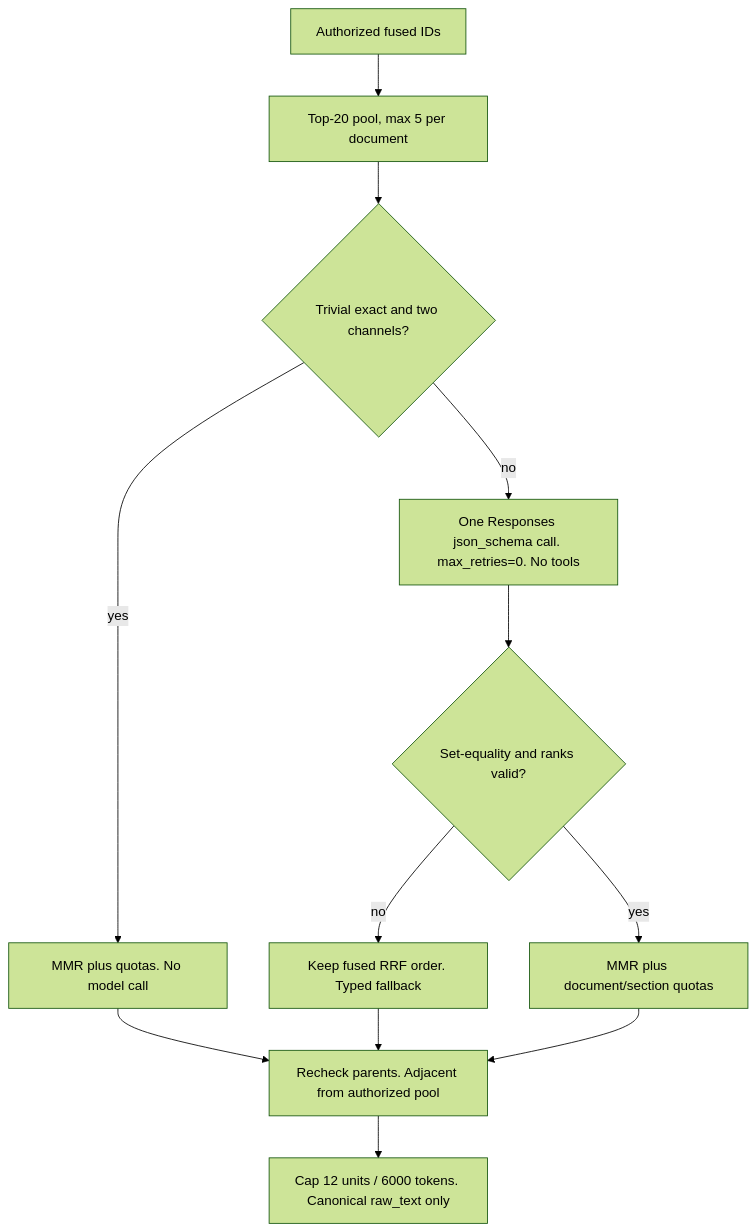
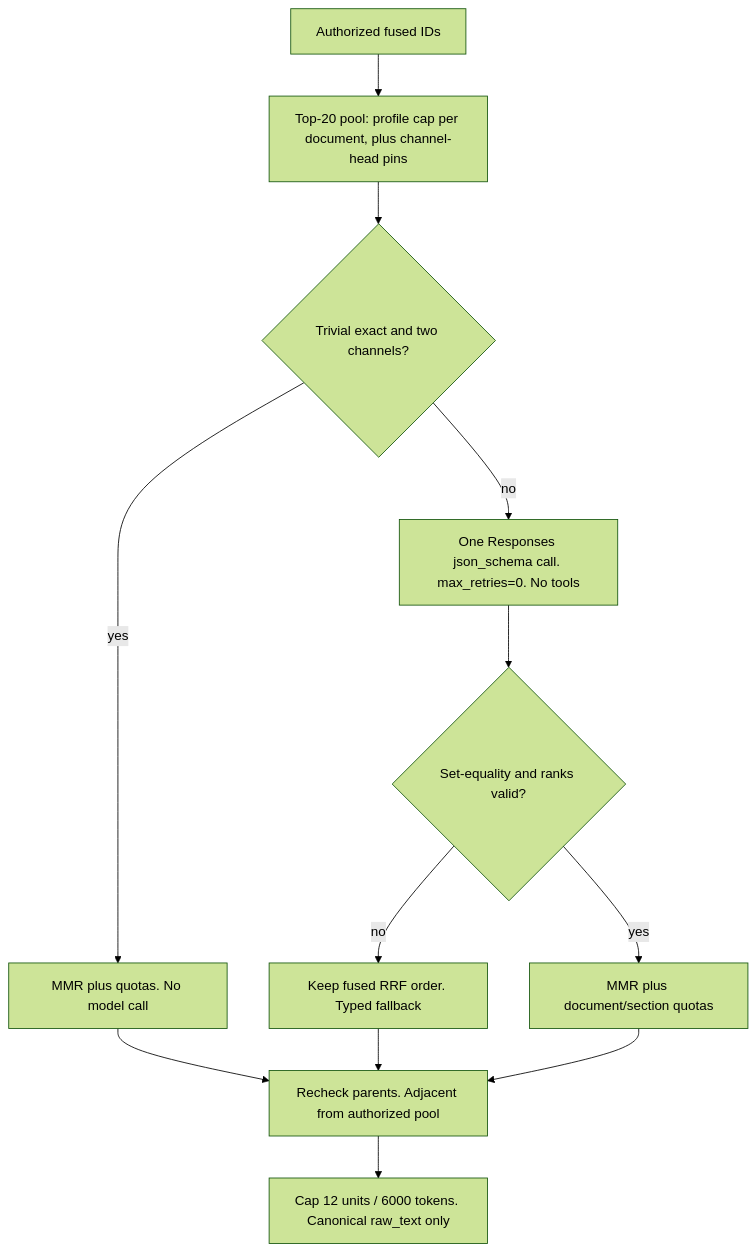
One commit to Nagdy8888/smart-rag changed the third of 4 diagrams in docs/retrieval/HYBRID_RETRIEVAL_CONTRACT.md. Above: the diagram before and after it, drawn with Mermaid (forest theme). The commit also changed other lines of this file and 10 other files, not shown here.

Commit message:
fix(retrieval): route small corpora to hybrid_long_document_v2 and pin channel heads into the rerank pool (P1)

````diff
--- a/docs/retrieval/HYBRID_RETRIEVAL_CONTRACT.md
+++ b/docs/retrieval/HYBRID_RETRIEVAL_CONTRACT.md
@@ -217,14 +220,14 @@
 ```mermaid
 flowchart TD
-  fused["Authorized fused IDs"] --> pool["Top-20 pool, max 5 per document"]
+  fused["Authorized fused IDs"] --> pool["Top-20 pool: profile cap per document, plus channel-head pins"]
   pool --> skip{"Trivial exact and two channels?"}
   skip -->|yes| mmrSkip["MMR plus quotas. No model call"]
   skip -->|no| oneCall["One Responses json_schema call. max_retries=0. No tools"]
   oneCall --> valid{"Set-equality and ranks valid?"}
   valid -->|no| rrf["Keep fused RRF order. Typed fallback"]
   valid -->|yes| mmr["MMR plus document/section quotas"]
   mmrSkip --> parents["Recheck parents. Adjacent from authorized pool"]
   rrf --> parents
   mmr --> parents
   parents --> trim["Cap 12 units / 6000 tokens. Canonical raw_text only"]
 ```
````
